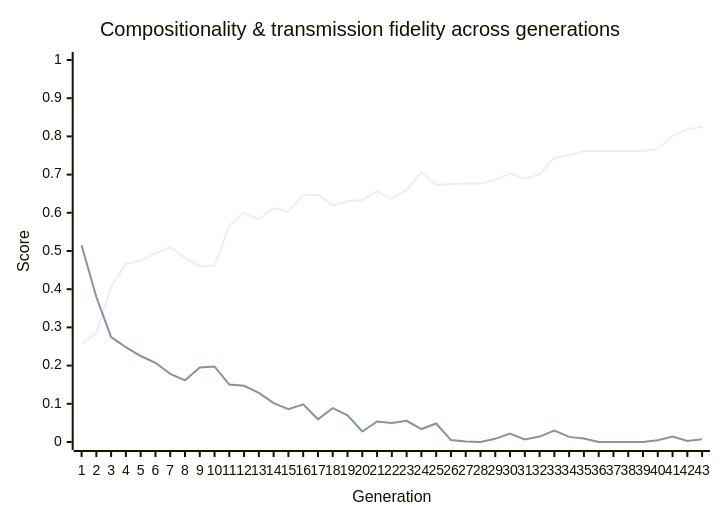
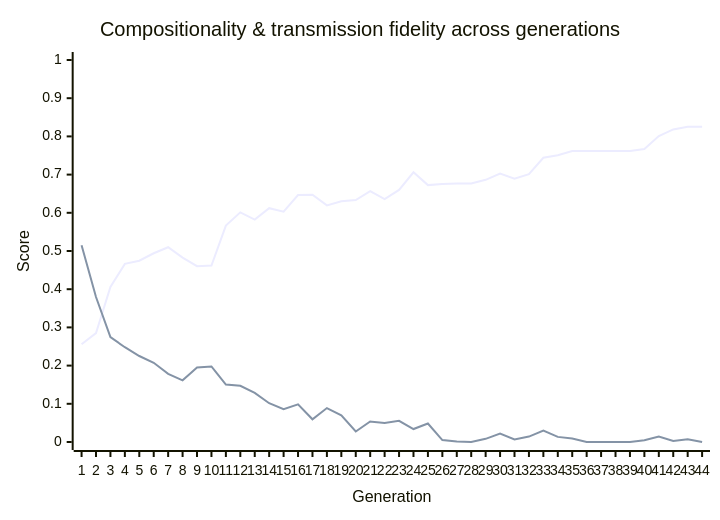
One commit to nichobbs/traditio changed the diagram in metrics/latest-report.md. Above: the diagram before and after it, drawn with Mermaid. The commit also changed other lines of this file and 1 other file, not shown here.

````diff
--- a/metrics/latest-report.md
+++ b/metrics/latest-report.md
@@ -40,8 +40,8 @@
 ```mermaid
 xychart-beta
     title "Compositionality & transmission fidelity across generations"
-    x-axis "Generation" [1, 2, 3, 4, 5, 6, 7, 8, 9, 10, 11, 12, 13, 14, 15, 16, 17, 18, 19, 20, 21, 22, 23, 24, 25, 26, 27, 28, 29, 30, 31, 32, 33, 34, 35, 36, 37, 38, 39, 40, 41, 42, 43]
+    x-axis "Generation" [1, 2, 3, 4, 5, 6, 7, 8, 9, 10, 11, 12, 13, 14, 15, 16, 17, 18, 19, 20, 21, 22, 23, 24, 25, 26, 27, 28, 29, 30, 31, 32, 33, 34, 35, 36, 37, 38, 39, 40, 41, 42, 43, 44]
     y-axis "Score" 0 --> 1
-    line "Compositionality" [0.2559, 0.2849, 0.4060, 0.4663, 0.4745, 0.4941, 0.5099, 0.4826, 0.4603, 0.4619, 0.5665, 0.6011, 0.5822, 0.6121, 0.6029, 0.6464, 0.6473, 0.6195, 0.6304, 0.6332, 0.6566, 0.6361, 0.6598, 0.7061, 0.6725, 0.6757, 0.6767, 0.6767, 0.6863, 0.7028, 0.6890, 0.7012, 0.7442, 0.7505, 0.7619, 0.7619, 0.7619, 0.7619, 0.7619, 0.7669, 0.8009, 0.8183, 0.8250]
-    line "Transmission Fidelity" [0.5148, 0.3796, 0.2746, 0.2481, 0.2251, 0.2074, 0.1785, 0.1615, 0.1949, 0.1977, 0.1504, 0.1472, 0.1286, 0.1016, 0.0861, 0.0987, 0.0594, 0.0888, 0.0697, 0.0276, 0.0536, 0.0500, 0.0553, 0.0339, 0.0483, 0.0051, 0.0012, 0.0000, 0.0083, 0.0219, 0.0066, 0.0142, 0.0301, 0.0134, 0.0092, 0.0000, 0.0000, 0.0000, 0.0000, 0.0047, 0.0146, 0.0028, 0.0071]
+    line "Compositionality" [0.2559, 0.2849, 0.4060, 0.4663, 0.4745, 0.4941, 0.5099, 0.4826, 0.4603, 0.4619, 0.5665, 0.6011, 0.5822, 0.6121, 0.6029, 0.6464, 0.6473, 0.6195, 0.6304, 0.6332, 0.6566, 0.6361, 0.6598, 0.7061, 0.6725, 0.6757, 0.6767, 0.6767, 0.6863, 0.7028, 0.6890, 0.7012, 0.7442, 0.7505, 0.7619, 0.7619, 0.7619, 0.7619, 0.7619, 0.7669, 0.8009, 0.8183, 0.8250, 0.8250]
+    line "Transmission Fidelity" [0.5148, 0.3796, 0.2746, 0.2481, 0.2251, 0.2074, 0.1785, 0.1615, 0.1949, 0.1977, 0.1504, 0.1472, 0.1286, 0.1016, 0.0861, 0.0987, 0.0594, 0.0888, 0.0697, 0.0276, 0.0536, 0.0500, 0.0553, 0.0339, 0.0483, 0.0051, 0.0012, 0.0000, 0.0083, 0.0219, 0.0066, 0.0142, 0.0301, 0.0134, 0.0092, 0.0000, 0.0000, 0.0000, 0.0000, 0.0047, 0.0146, 0.0028, 0.0071, 0.0000]
 ```
````
